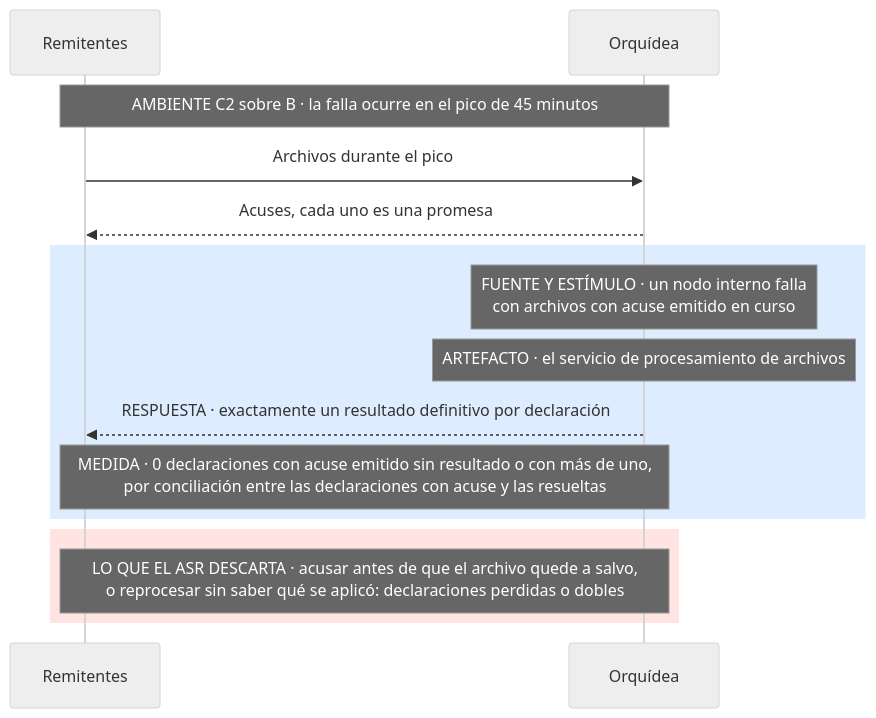
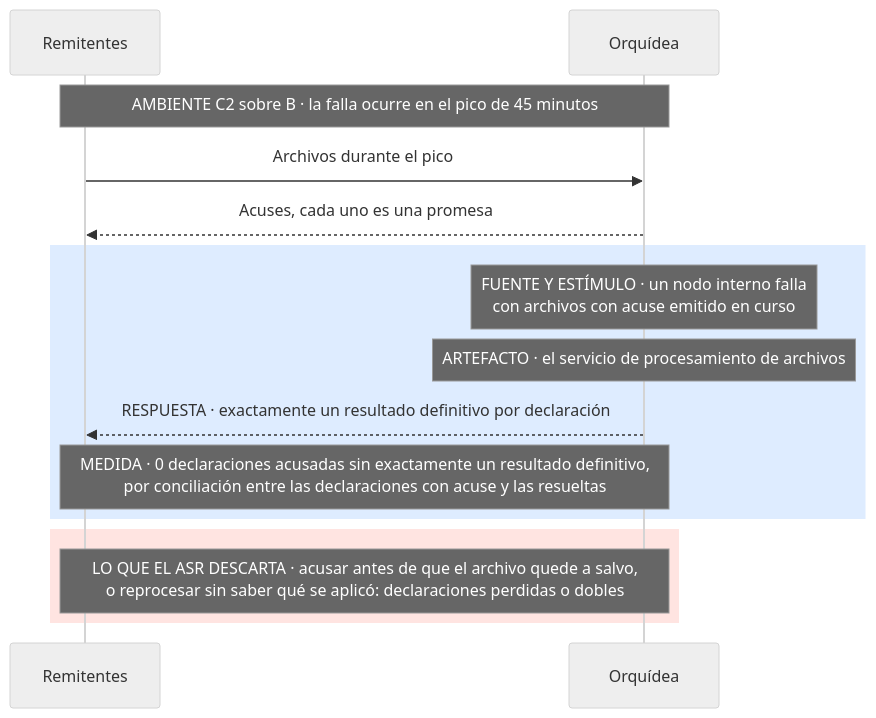
The eighth of 17 diagrams in docs/quality-attributes.md (MATI-MBIT/arqsoft-reto-4), drawn with Mermaid (neutral theme) before and after one commit. The commit also changed other lines of this file and 4 other files, not shown here.

````diff
--- a/docs/quality-attributes.md
+++ b/docs/quality-attributes.md
@@ -438,17 +438,17 @@
 ```mermaid
 sequenceDiagram
     participant R as Remitentes
     participant O as Orquídea
     Note over R,O: AMBIENTE C2 sobre B · la falla ocurre en el pico de 45 minutos
     R->>O: Archivos durante el pico
     O-->>R: Acuses, cada uno es una promesa
     rect rgb(222, 236, 255)
     Note over O: FUENTE Y ESTÍMULO · un nodo interno falla<br/>con archivos con acuse emitido en curso
     Note over O: ARTEFACTO · el servicio de procesamiento de archivos
     O-->>R: RESPUESTA · exactamente un resultado definitivo por declaración
-    Note over R,O: MEDIDA · 0 declaraciones con acuse emitido sin resultado o con más de uno,<br/>por conciliación entre las declaraciones con acuse y las resueltas
+    Note over R,O: MEDIDA · 0 declaraciones acusadas sin exactamente un resultado definitivo,<br/>por conciliación entre las declaraciones con acuse y las resueltas
     end
     rect rgb(255, 228, 225)
     Note over R,O: LO QUE EL ASR DESCARTA · acusar antes de que el archivo quede a salvo,<br/>o reprocesar sin saber qué se aplicó: declaraciones perdidas o dobles
     end
 ```
````
